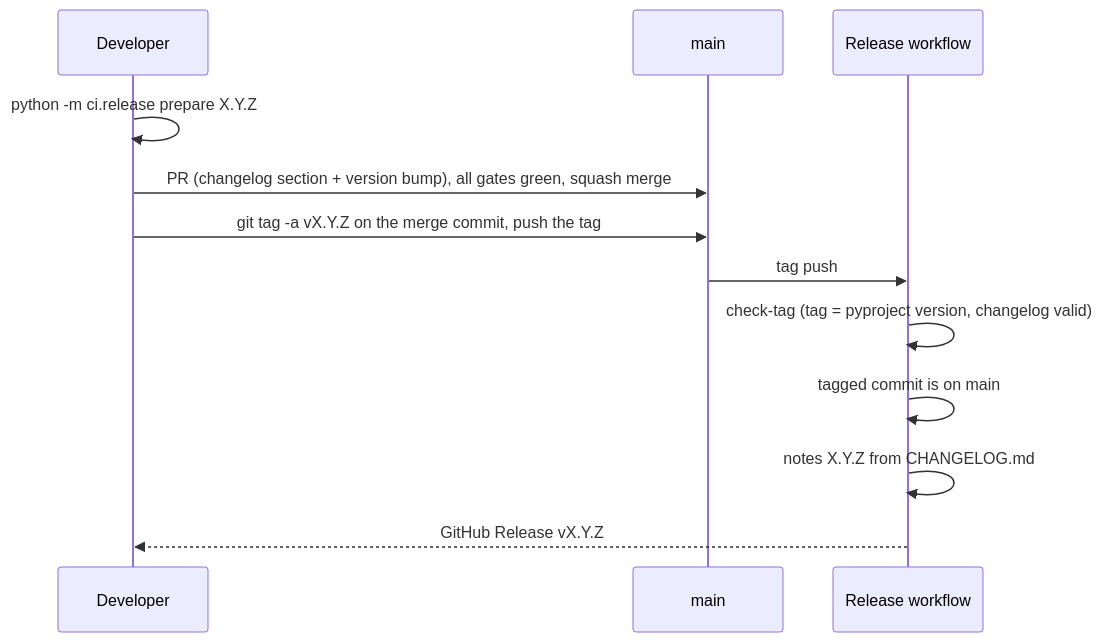
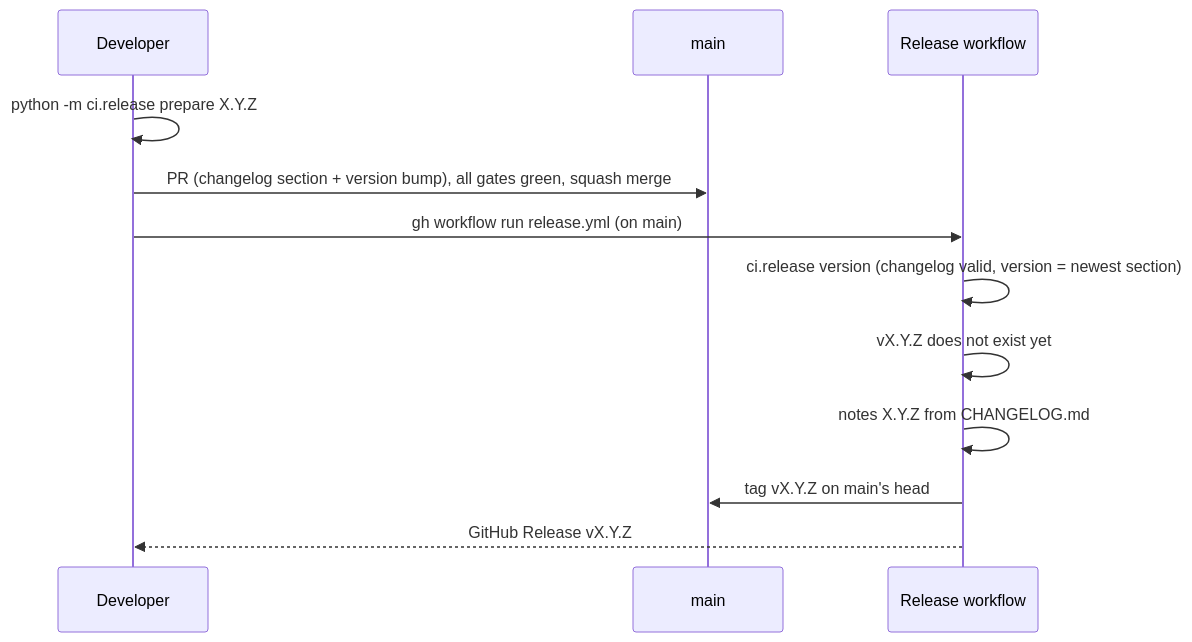
One commit to madduri-ops/PEJIP changed the diagram in docs/design/0006-releases-and-rollback.md. Above: the diagram before and after it, drawn with Mermaid. The commit also changed other lines of this file and 4 other files, not shown here.

First line of the commit message:
Release from a workflow run on main instead of a pushed tag

````diff
--- a/docs/design/0006-releases-and-rollback.md
+++ b/docs/design/0006-releases-and-rollback.md
@@ -52,14 +53,14 @@
 ```mermaid
 sequenceDiagram
     participant D as Developer
     participant M as main
     participant R as Release workflow
     D->>D: python -m ci.release prepare X.Y.Z
     D->>M: PR (changelog section + version bump), all gates green, squash merge
-    D->>M: git tag -a vX.Y.Z on the merge commit, push the tag
-    M->>R: tag push
-    R->>R: check-tag (tag = pyproject version, changelog valid)
-    R->>R: tagged commit is on main
+    D->>R: gh workflow run release.yml (on main)
+    R->>R: ci.release version (changelog valid, version = newest section)
+    R->>R: vX.Y.Z does not exist yet
     R->>R: notes X.Y.Z from CHANGELOG.md
+    R->>M: tag vX.Y.Z on main's head
     R-->>D: GitHub Release vX.Y.Z
 ```
````
